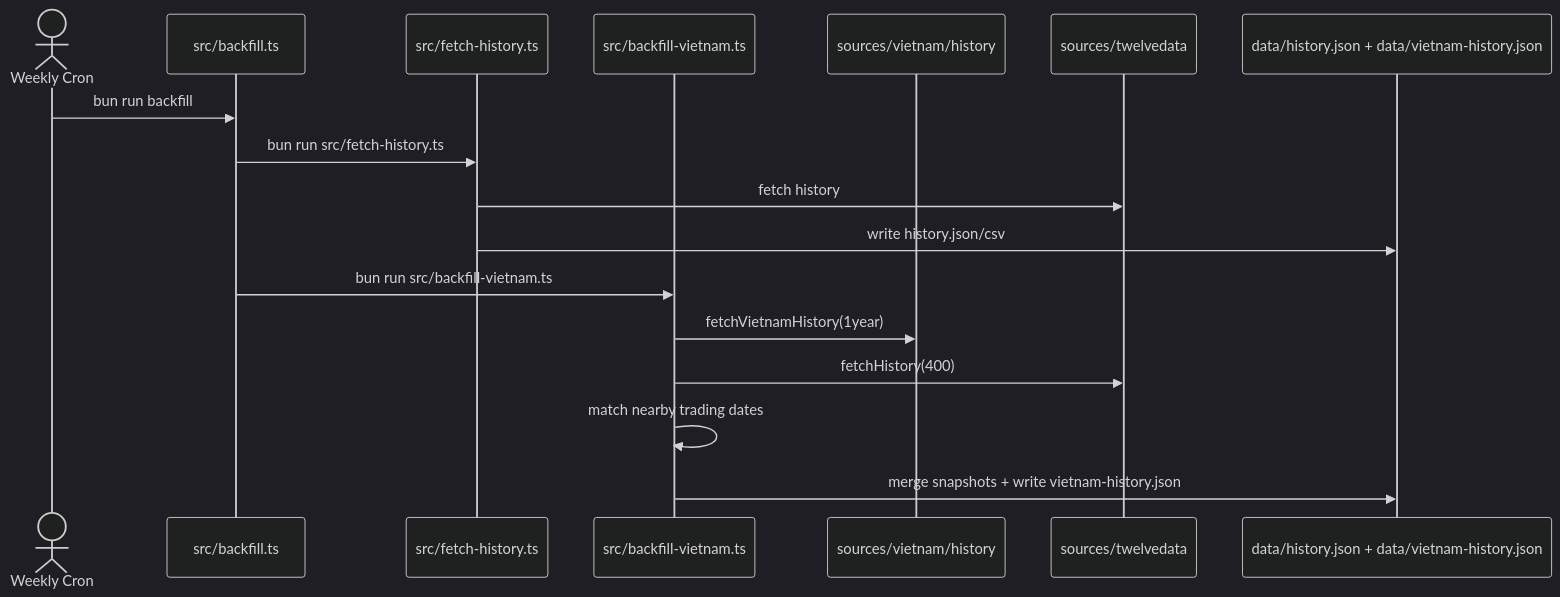
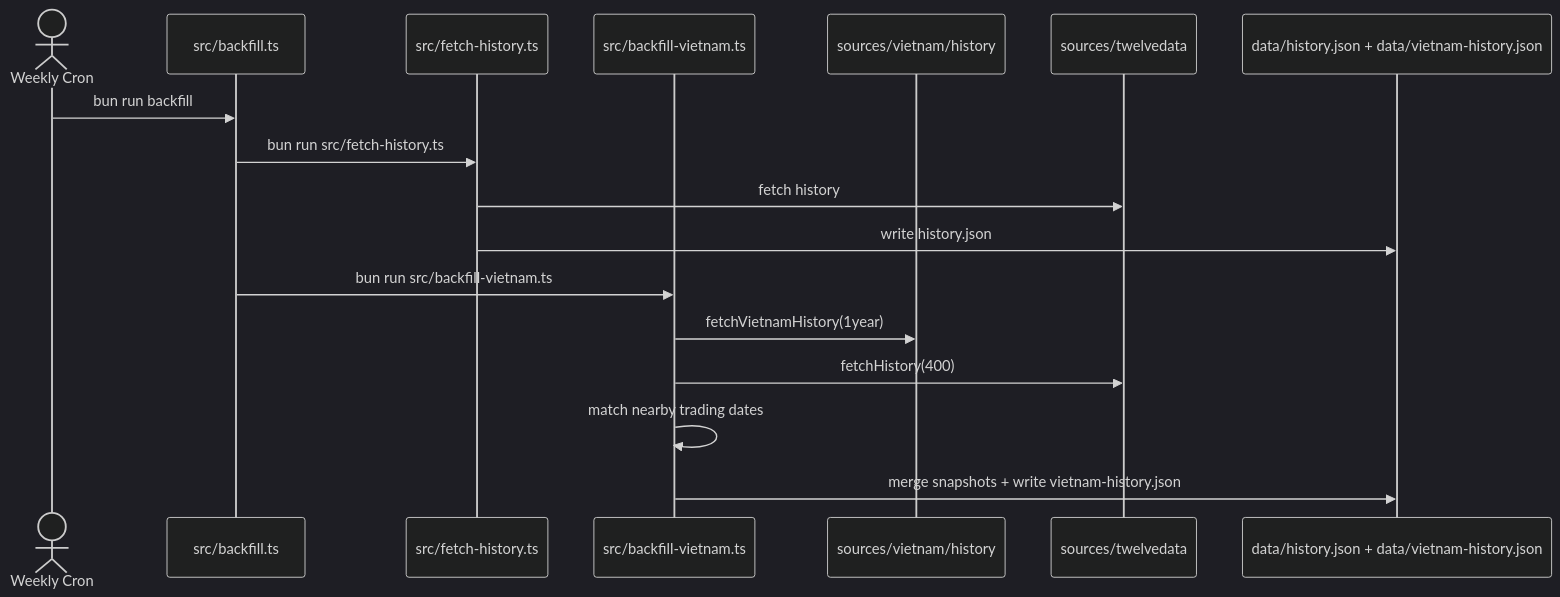
One commit to nguyenvanduocit/invest changed the fourth of 4 diagrams in docs/key-flows.md. Above: the diagram before and after it, drawn with Mermaid (dark theme). The commit also changed 13 other files, not shown here.

````diff
--- a/docs/key-flows.md
+++ b/docs/key-flows.md
@@ -92,20 +92,20 @@
 ```mermaid
 sequenceDiagram
     actor Scheduler as Weekly Cron
     participant Backfill as src/backfill.ts
     participant Hist as src/fetch-history.ts
     participant VNBackfill as src/backfill-vietnam.ts
     participant VNHist as sources/vietnam/history
     participant Twelve as sources/twelvedata
     participant Data as data/history.json + data/vietnam-history.json
 
     Scheduler->>Backfill: bun run backfill
     Backfill->>Hist: bun run src/fetch-history.ts
     Hist->>Twelve: fetch history
-    Hist->>Data: write history.json/csv
+    Hist->>Data: write history.json
     Backfill->>VNBackfill: bun run src/backfill-vietnam.ts
     VNBackfill->>VNHist: fetchVietnamHistory(1year)
     VNBackfill->>Twelve: fetchHistory(400)
     VNBackfill->>VNBackfill: match nearby trading dates
     VNBackfill->>Data: merge snapshots + write vietnam-history.json
 ```
````
